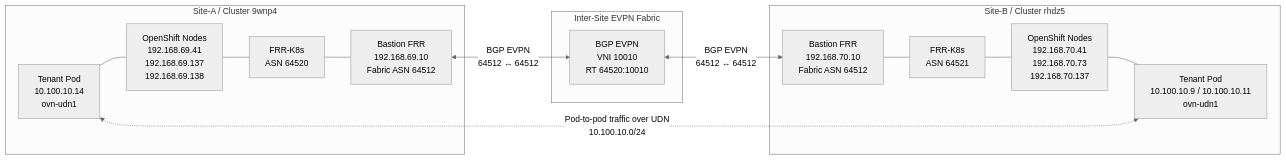
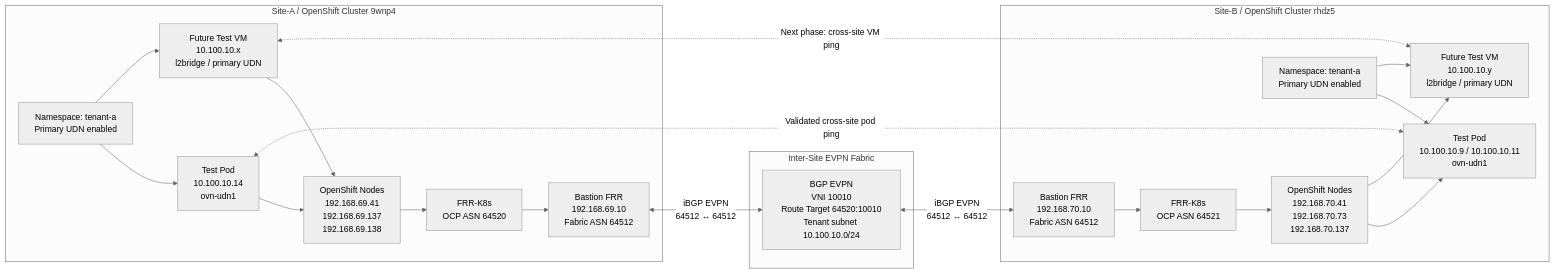
One commit to waynedovey/ocp422-udn-evpn-lab changed the diagram in README.md. Above: the diagram before and after it, drawn with Mermaid (neutral theme). The commit also changed other lines of this file, not shown here.

Commit message:
Update README with EVPN, nested virt and teardown workflow

````diff
--- a/README.md
+++ b/README.md
@@ -29,31 +56,44 @@
 ```mermaid
 flowchart LR
-    subgraph SITEA["Site-A / Cluster 9wnp4"]
-        AUSER["Tenant Pod<br/>10.100.10.14<br/>ovn-udn1"]
-        AOCPL["OpenShift Nodes<br/>192.168.69.41<br/>192.168.69.137<br/>192.168.69.138"]
-        AFRR["FRR-K8s<br/>ASN 64520"]
-        ABAS["Bastion FRR<br/>192.168.69.10<br/>Fabric ASN 64512"]
-        AUSER --- AOCPL
-        AOCPL --- AFRR
-        AFRR --- ABAS
+    subgraph SITEA["Site-A / OpenShift Cluster 9wnp4"]
+        A_NS["Namespace: tenant-a<br/>Primary UDN enabled"]
+        A_POD["Test Pod<br/>10.100.10.14<br/>ovn-udn1"]
+        A_VM["Future Test VM<br/>10.100.10.x<br/>l2bridge / primary UDN"]
+        A_NODES["OpenShift Nodes<br/>192.168.69.41<br/>192.168.69.137<br/>192.168.69.138"]
+        A_FRRK8S["FRR-K8s<br/>OCP ASN 64520"]
+        A_BASTION["Bastion FRR<br/>192.168.69.10<br/>Fabric ASN 64512"]
+
+        A_NS --> A_POD
+        A_NS --> A_VM
+        A_POD --> A_NODES
+        A_VM --> A_NODES
+        A_NODES --> A_FRRK8S
+        A_FRRK8S --> A_BASTION
     end
 
-    subgraph FABRIC["Inter-Site EVPN Fabric"]
-        EVPN["BGP EVPN<br/>VNI 10010<br/>RT 64520:10010"]
+    subgraph EVPN["Inter-Site EVPN Fabric"]
+        FABRIC["BGP EVPN<br/>VNI 10010<br/>Route Target 64520:10010<br/>Tenant subnet 10.100.10.0/24"]
     end
 
-    subgraph SITEB["Site-B / Cluster rhdz5"]
-        BBAS["Bastion FRR<br/>192.168.70.10<br/>Fabric ASN 64512"]
-        BFRR["FRR-K8s<br/>ASN 64521"]
-        BOCPL["OpenShift Nodes<br/>192.168.70.41<br/>192.168.70.73<br/>192.168.70.137"]
-        BUSER["Tenant Pod<br/>10.100.10.9 / 10.100.10.11<br/>ovn-udn1"]
-        BBAS --- BFRR
-        BFRR --- BOCPL
-        BOCPL --- BUSER
+    subgraph SITEB["Site-B / OpenShift Cluster rhdz5"]
+        B_BASTION["Bastion FRR<br/>192.168.70.10<br/>Fabric ASN 64512"]
+        B_FRRK8S["FRR-K8s<br/>OCP ASN 64521"]
+        B_NODES["OpenShift Nodes<br/>192.168.70.41<br/>192.168.70.73<br/>192.168.70.137"]
+        B_NS["Namespace: tenant-a<br/>Primary UDN enabled"]
+        B_POD["Test Pod<br/>10.100.10.9 / 10.100.10.11<br/>ovn-udn1"]
+        B_VM["Future Test VM<br/>10.100.10.y<br/>l2bridge / primary UDN"]
+
+        B_BASTION --> B_FRRK8S
+        B_FRRK8S --> B_NODES
+        B_NODES --> B_POD
+        B_NODES --> B_VM
+        B_NS --> B_POD
+        B_NS --> B_VM
     end
 
-    ABAS <-->|"BGP EVPN<br/>64512 ↔ 64512"| EVPN
-    EVPN <-->|"BGP EVPN<br/>64512 ↔ 64512"| BBAS
+    A_BASTION <-->|"iBGP EVPN<br/>64512 ↔ 64512"| FABRIC
+    FABRIC <-->|"iBGP EVPN<br/>64512 ↔ 64512"| B_BASTION
 
-    AUSER <-. "Pod-to-pod traffic over UDN<br/>10.100.10.0/24" .-> BUSER
+    A_POD <-. "Validated cross-site pod ping" .-> B_POD
+    A_VM <-. "Next phase: cross-site VM ping" .-> B_VM
 ```
````
